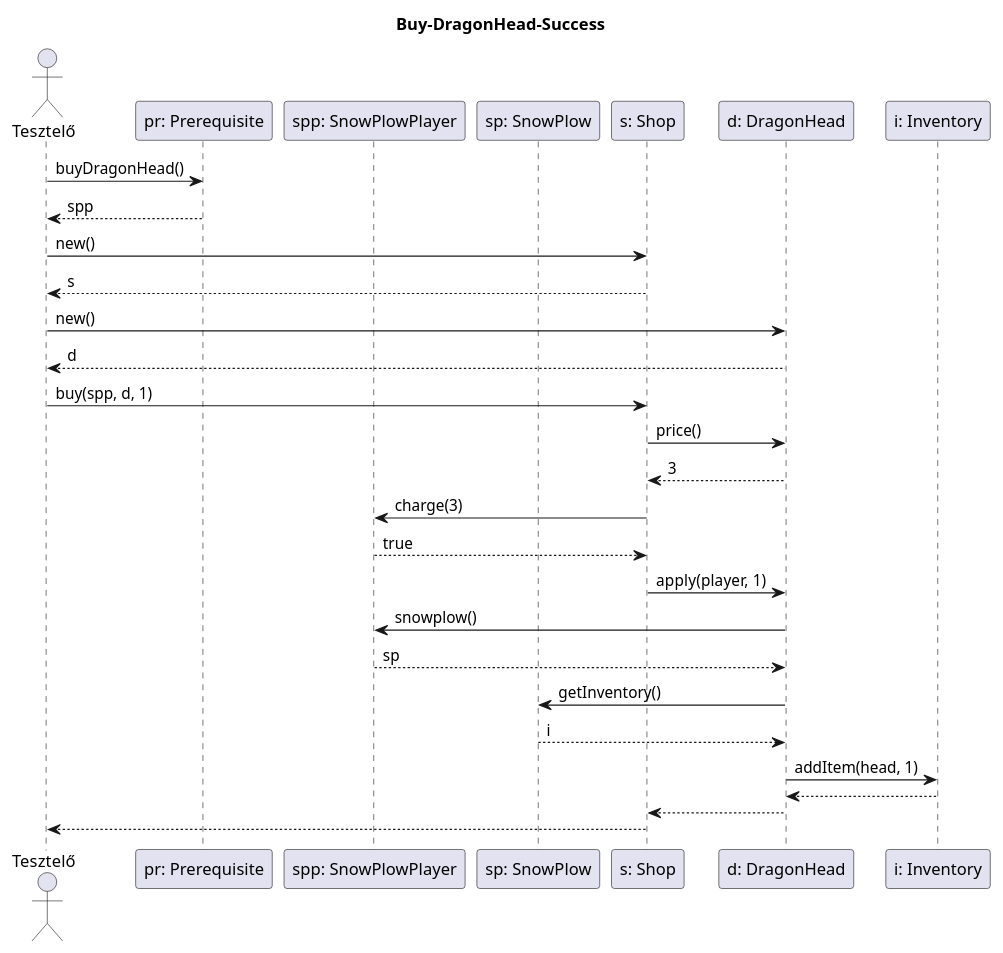
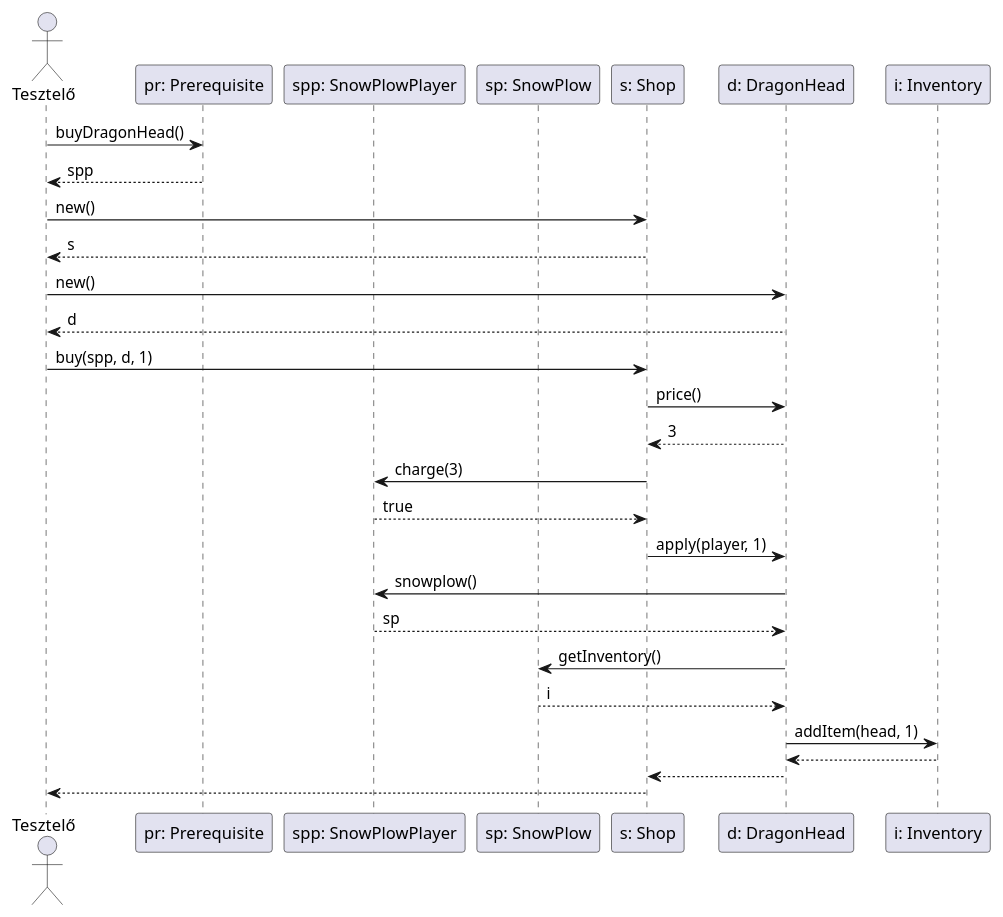
Before and after one commit to uhrinandor/spring: the diagram in docs/skeleton/shop/buydragonhead.plantuml, drawn with PlantUML. The commit also changed 8 other files, not shown here.

```diff
--- a/docs/skeleton/shop/buydragonhead.plantuml
+++ b/docs/skeleton/shop/buydragonhead.plantuml
@@ -1,36 +1,34 @@
 @startuml
-title Buy-DragonHead-Success
-
 actor "Tesztelő" as tester
 participant "pr: Prerequisite" as preq
 participant "spp: SnowPlowPlayer" as player
 participant "sp: SnowPlow" as sp
 participant "s: Shop" as shop
 participant "d: DragonHead" as head
 participant "i: Inventory" as inventory
 
 tester -> preq: buyDragonHead()
 preq --> tester: spp
 tester -> shop: new()
 shop --> tester: s
 tester -> head: new()
 head --> tester: d
 tester -> shop: buy(spp, d, 1)
 
 shop -> head: price()
 head --> shop: 3
 shop -> player: charge(3)
 player --> shop: true
 shop -> head: apply(player, 1)
 
 head -> player: snowplow()
 player --> head: sp
 head -> sp: getInventory()
 sp --> head: i
 head -> inventory: addItem(head, 1)
 inventory --> head:
 head --> shop:
 
 shop --> tester: 
 
 @enduml
```
